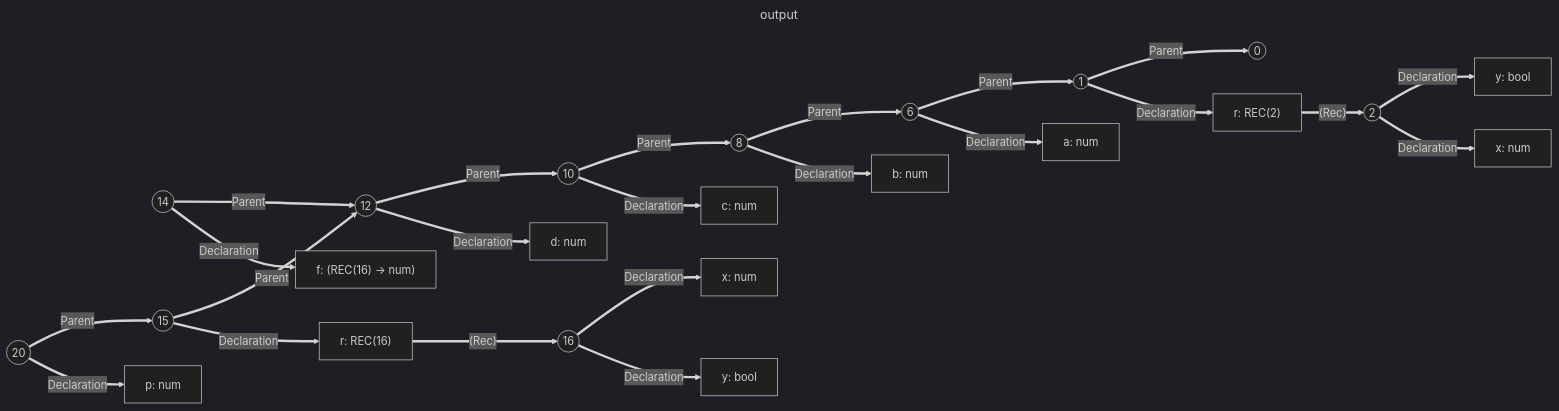
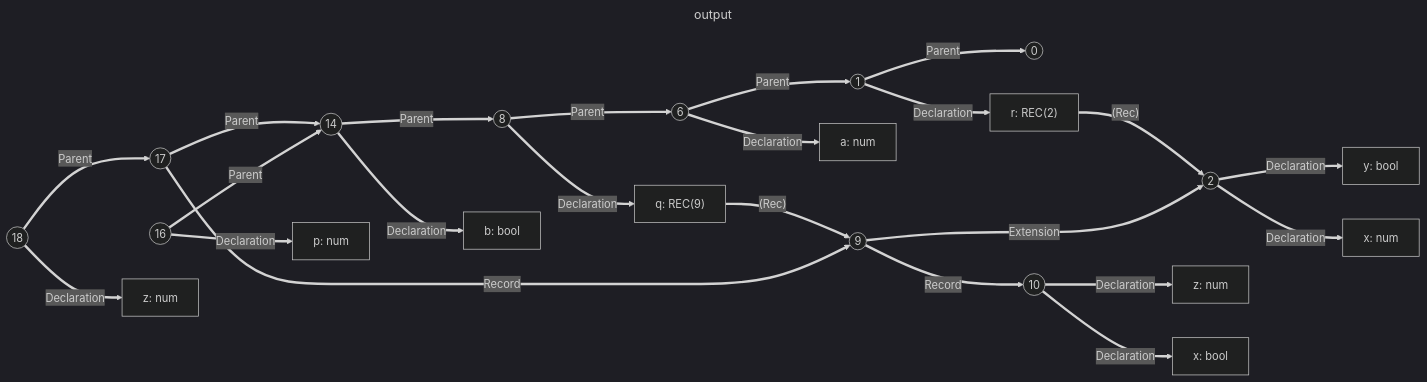
The diagram in output.mmd (Achtuur/scope-graph), drawn with Mermaid (dark theme) before and after one commit. The commit also changed 8 other files, not shown here.

```diff
--- a/output.mmd
+++ b/output.mmd
@@ -1,49 +1,47 @@
 ---
 title: output
 ---
 flowchart LR
     scope_0(("0"))
     scope_1(("1"))
     scope_2(("2"))
     scope_3["x: num"]
     scope_4["y: bool"]
     scope_5["r: REC(2)"]
     scope_6(("6"))
     scope_7["a: num"]
     scope_8(("8"))
-    scope_9["b: num"]
+    scope_9(("9"))
     scope_10(("10"))
-    scope_11["c: num"]
-    scope_12(("12"))
-    scope_13["d: num"]
+    scope_11["z: num"]
+    scope_12["x: bool"]
+    scope_13["q: REC(9)"]
     scope_14(("14"))
-    scope_15(("15"))
+    scope_15["b: bool"]
     scope_16(("16"))
-    scope_17["x: num"]
-    scope_18["y: bool"]
-    scope_19["r: REC(16)"]
-    scope_20(("20"))
-    scope_21["p: num"]
-    scope_22["f: (REC(16) -> num)"]
+    scope_17(("17"))
+    scope_18(("18"))
+    scope_19["z: num"]
+    scope_20["p: num"]
 scope_1 ==>|"Parent"| scope_0
 scope_1 ==>|"Declaration"| scope_5
 scope_2 ==>|"Declaration"| scope_4
 scope_2 ==>|"Declaration"| scope_3
 scope_6 ==>|"Parent"| scope_1
 scope_6 ==>|"Declaration"| scope_7
 scope_8 ==>|"Parent"| scope_6
-scope_8 ==>|"Declaration"| scope_9
-scope_10 ==>|"Parent"| scope_8
+scope_8 ==>|"Declaration"| scope_13
+scope_9 ==>|"Record"| scope_10
+scope_9 ==>|"Extension"| scope_2
 scope_10 ==>|"Declaration"| scope_11
-scope_12 ==>|"Parent"| scope_10
-scope_12 ==>|"Declaration"| scope_13
-scope_14 ==>|"Parent"| scope_12
-scope_14 ==>|"Declaration"| scope_22
-scope_15 ==>|"Parent"| scope_12
-scope_15 ==>|"Declaration"| scope_19
-scope_16 ==>|"Declaration"| scope_17
-scope_16 ==>|"Declaration"| scope_18
-scope_20 ==>|"Parent"| scope_15
-scope_20 ==>|"Declaration"| scope_21
+scope_10 ==>|"Declaration"| scope_12
+scope_14 ==>|"Parent"| scope_8
+scope_14 ==>|"Declaration"| scope_15
+scope_16 ==>|"Parent"| scope_14
+scope_16 ==>|"Declaration"| scope_20
+scope_17 ==>|"Parent"| scope_14
+scope_17 ==>|"Record"| scope_9
+scope_18 ==>|"Parent"| scope_17
+scope_18 ==>|"Declaration"| scope_19
 scope_5 ==>|"(Rec)"| scope_2
-scope_19 ==>|"(Rec)"| scope_16
+scope_13 ==>|"(Rec)"| scope_9
```
